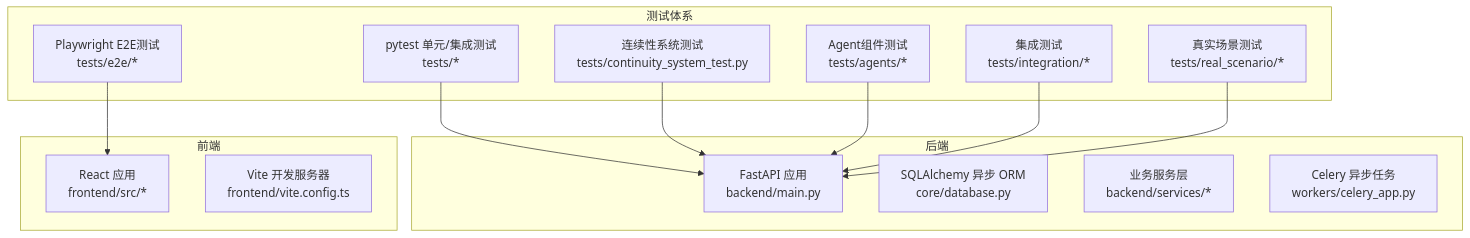
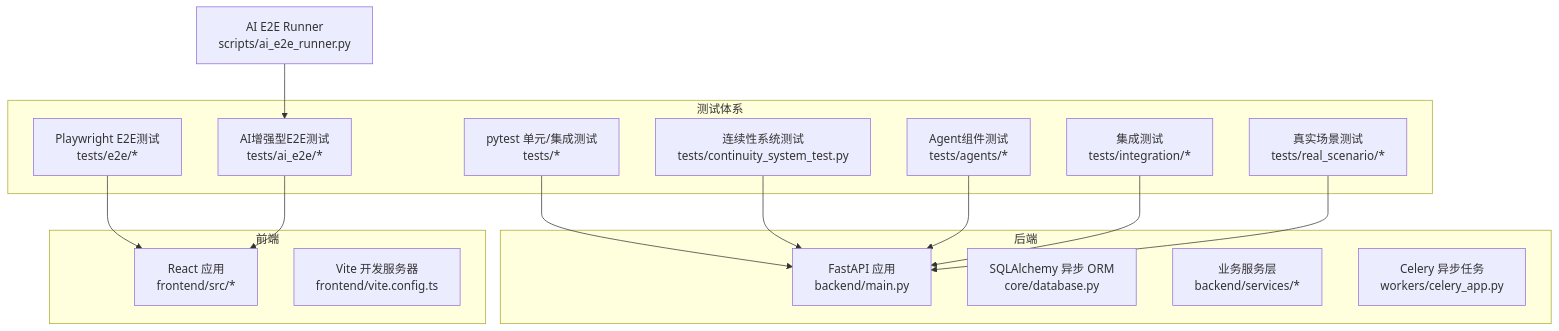
The first of 8 diagrams in .qoder/repowiki/zh/content/测试策略/测试策略.md (xfbyxq/ai-novel-system), drawn with Mermaid before and after one commit. The commit also changed other lines of this file and 3 other files, not shown here.

````diff
--- a/.qoder/repowiki/zh/content/测试策略/测试策略.md
+++ b/.qoder/repowiki/zh/content/测试策略/测试策略.md
@@ -63,27 +68,31 @@
 ```mermaid
 graph TB
 subgraph "后端"
 BE_API["FastAPI 应用<br/>backend/main.py"]
 BE_DB["SQLAlchemy 异步 ORM<br/>core/database.py"]
 BE_SERVICES["业务服务层<br/>backend/services/*"]
 BE_WORKERS["Celery 异步任务<br/>workers/celery_app.py"]
 end
 subgraph "前端"
 FE_APP["React 应用<br/>frontend/src/*"]
 FE_VITE["Vite 开发服务器<br/>frontend/vite.config.ts"]
 end
 subgraph "测试体系"
 PYTEST["pytest 单元/集成测试<br/>tests/*"]
 E2E["Playwright E2E测试<br/>tests/e2e/*"]
+AI_E2E["AI增强型E2E测试<br/>tests/ai_e2e/*"]
 CONTINUITY["连续性系统测试<br/>tests/continuity_system_test.py"]
 AGENTS["Agent组件测试<br/>tests/agents/*"]
 INTEGRATION["集成测试<br/>tests/integration/*"]
 REAL_SCENARIO["真实场景测试<br/>tests/real_scenario/*"]
 end
+AI_RUNNER["AI E2E Runner<br/>scripts/ai_e2e_runner.py"]
 PYTEST --> BE_API
 E2E --> FE_APP
+AI_E2E --> FE_APP
+AI_RUNNER --> AI_E2E
 CONTINUITY --> BE_API
 AGENTS --> BE_API
 INTEGRATION --> BE_API
 REAL_SCENARIO --> BE_API
 ```
````
